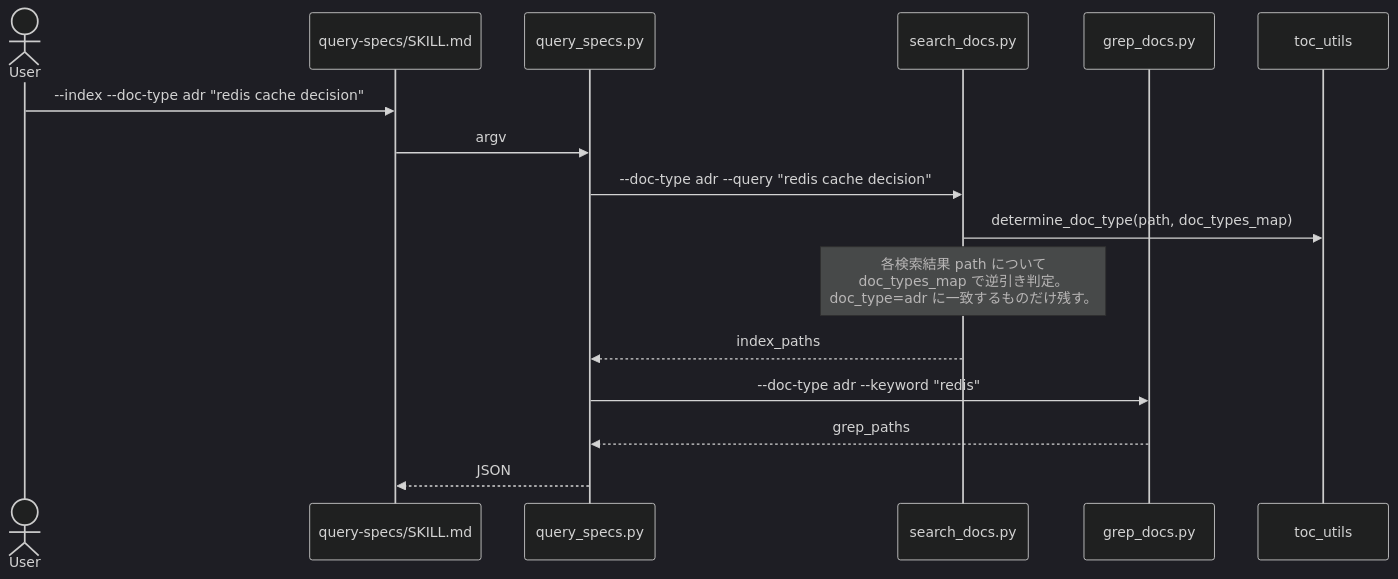
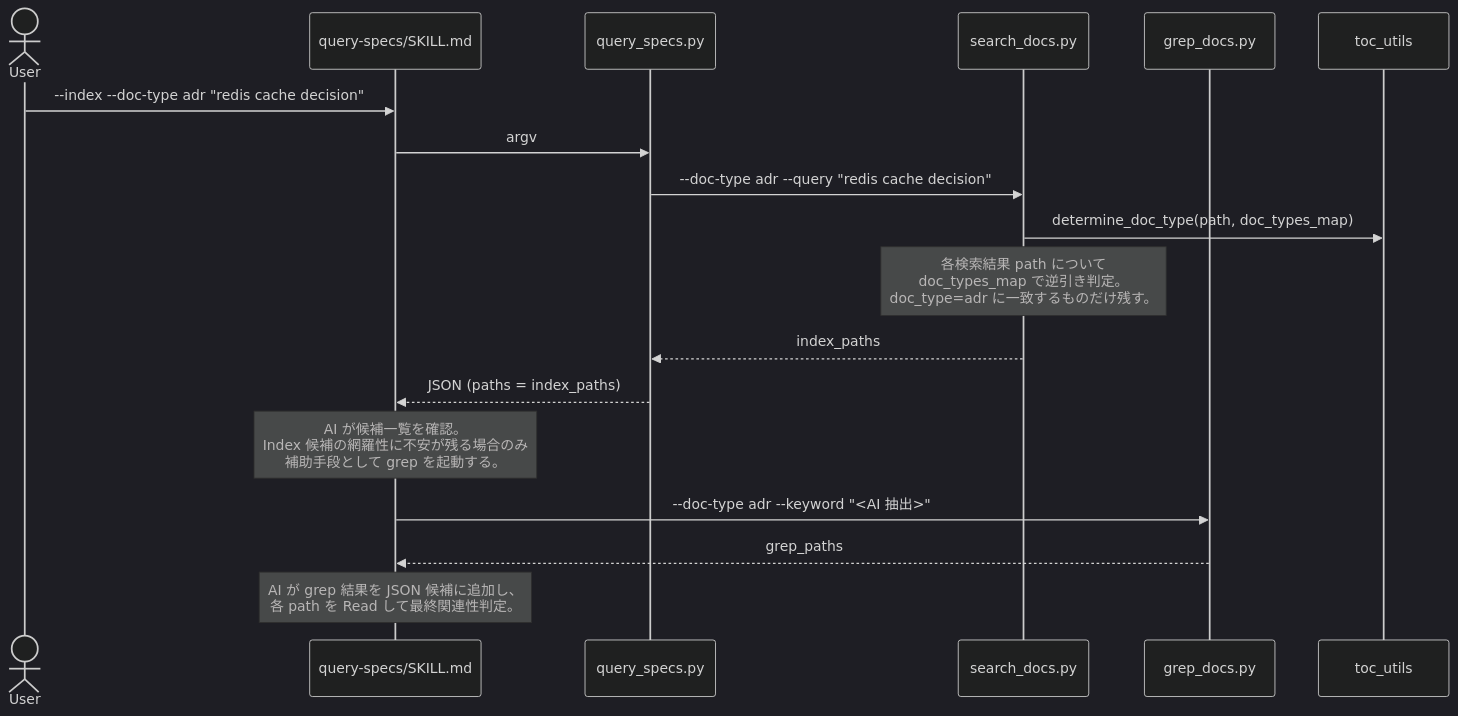
The fifth of 6 diagrams in docs/specs/doc-advisor/design/DES-026_doc_type_filter_design.md (BlueEventHorizon/bw-cc-plugins), drawn with Mermaid (dark theme) before and after one commit. The commit also changed other lines of this file and 3 other files, not shown here.

````diff
--- a/docs/specs/doc-advisor/design/DES-026_doc_type_filter_design.md
+++ b/docs/specs/doc-advisor/design/DES-026_doc_type_filter_design.md
@@ -294,19 +316,21 @@
 ```mermaid
 sequenceDiagram
     actor User
     participant Skill as query-specs/SKILL.md
     participant Orch as query_specs.py
     participant SD as search_docs.py
     participant GD as grep_docs.py
     participant TU as toc_utils
 
     User->>Skill: --index --doc-type adr "redis cache decision"
     Skill->>Orch: argv
     Orch->>SD: --doc-type adr --query "redis cache decision"
     SD->>TU: determine_doc_type(path, doc_types_map)
     Note over SD: 各検索結果 path について<br/>doc_types_map で逆引き判定。<br/>doc_type=adr に一致するものだけ残す。
     SD-->>Orch: index_paths
-    Orch->>GD: --doc-type adr --keyword "redis"
-    GD-->>Orch: grep_paths
-    Orch-->>Skill: JSON
+    Orch-->>Skill: JSON (paths = index_paths)
+    Note over Skill: AI が候補一覧を確認。<br/>Index 候補の網羅性に不安が残る場合のみ<br/>補助手段として grep を起動する。
+    Skill->>GD: --doc-type adr --keyword "<AI 抽出>"
+    GD-->>Skill: grep_paths
+    Note over Skill: AI が grep 結果を JSON 候補に追加し、<br/>各 path を Read して最終関連性判定。
 ```
````
